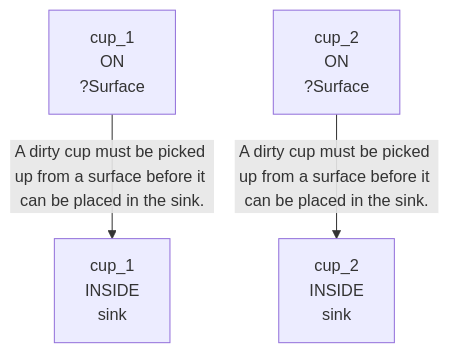
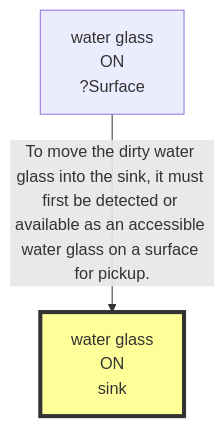
Before and after one commit to scuama/virtualhome: the sixth of 7 diagrams in evaluation/results/table1/_raw/robostate/run_T1_DYN_M1_03_low.md, drawn with Mermaid. The commit also changed other lines of this file and 96 other files, not shown here.

````diff
--- a/evaluation/results/table1/_raw/robostate/run_T1_DYN_M1_03_low.md
+++ b/evaluation/results/table1/_raw/robostate/run_T1_DYN_M1_03_low.md
@@ -171,9 +952,7 @@
 ```mermaid
 graph TD
-    N1["cup_1<br>ON<br>?Surface"]
-    N2["cup_1<br>INSIDE<br>sink"]
-    N3["cup_2<br>ON<br>?Surface"]
-    N4["cup_2<br>INSIDE<br>sink"]
-    N1 -->|"A dirty cup must be picked up from a surface before it can be placed in the sink."| N2
-    N3 -->|"A dirty cup must be picked up from a surface before it can be placed in the sink."| N4
+    N1["water glass<br>ON<br>?Surface"]
+    N2["water glass<br>ON<br>sink"]
+    style N2 fill:#ff9,stroke:#333,stroke-width:4px
+    N1 -->|"To move the dirty water glass into the sink, it must first be detected or available as an accessible water glass on a surface for pickup."| N2
 ```
````
